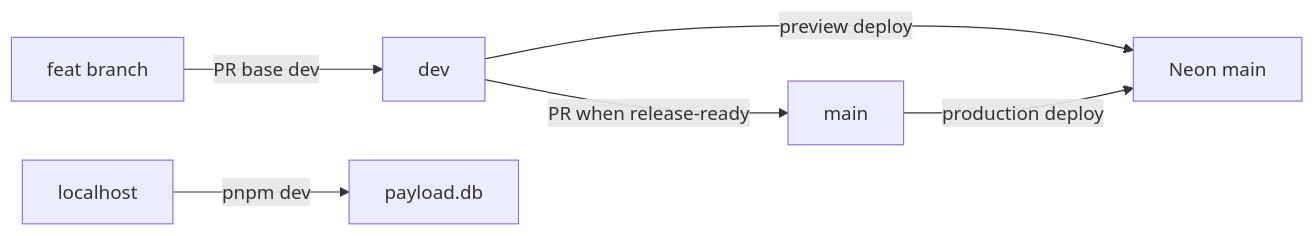
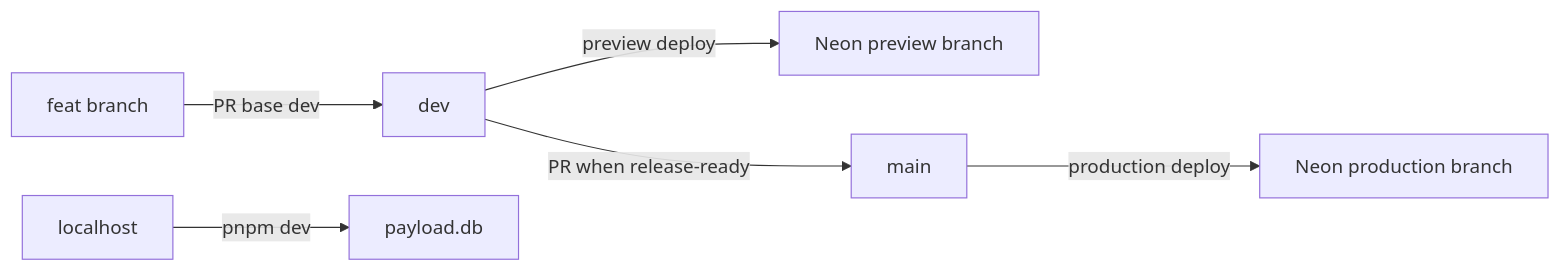
Before and after one commit to rhyanvargas/rhyan-portfolio-website: the third of 3 diagrams in docs/developer-runbook.md, drawn with Mermaid. The commit also changed other lines of this file and 7 other files, not shown here.

````diff
--- a/docs/developer-runbook.md
+++ b/docs/developer-runbook.md
@@ -123,8 +123,8 @@
 ```mermaid
 flowchart LR
   feat["feat branch"] -->|"PR base dev"| dev["dev"]
-  dev -->|"preview deploy"| neon["Neon main"]
+  dev -->|"preview deploy"| neonPreview["Neon preview branch"]
   dev -->|"PR when release-ready"| main["main"]
-  main -->|"production deploy"| neon
+  main -->|"production deploy"| neonProd["Neon production branch"]
   laptop["localhost"] -->|"pnpm dev"| sqlite["payload.db"]
 ```
````
